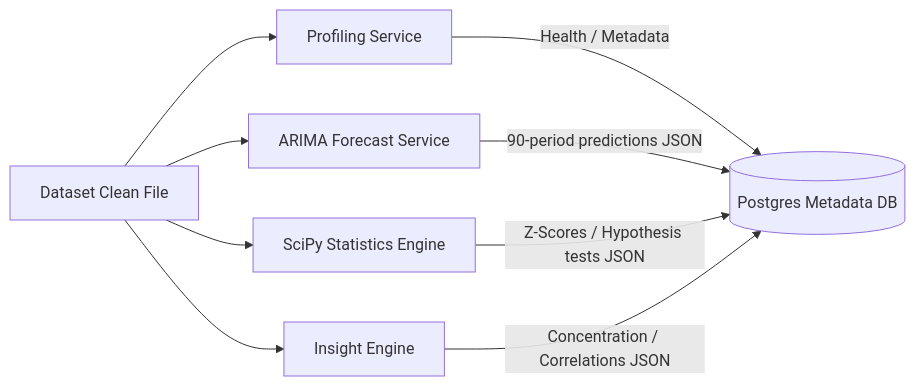
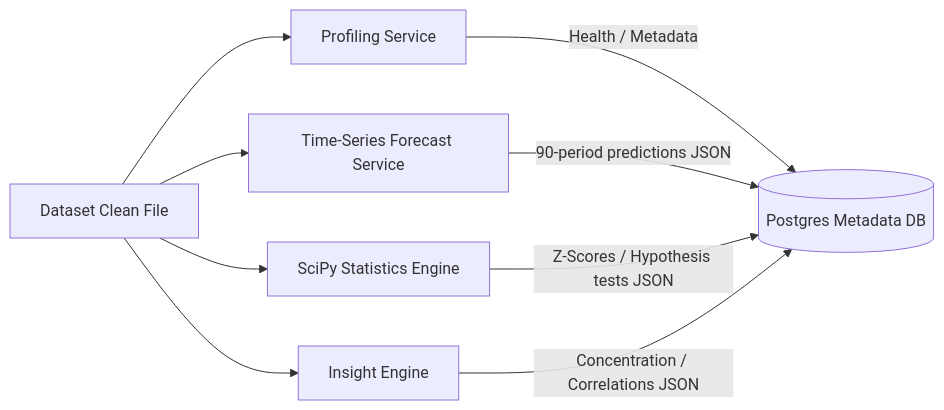
Before and after one commit to mannaxsara/detective-ai: the fourth of 5 diagrams in docs/ARCHITECTURE.md, drawn with Mermaid. The commit also changed 6 other files, not shown here.

Commit message:
docs: harmonize time-series forecasting engine terminology across README, ARCHITECTURE, TRD, landing page, pricing studio, and forecast tab

````diff
--- a/docs/ARCHITECTURE.md
+++ b/docs/ARCHITECTURE.md
@@ -65,12 +65,12 @@
 ```mermaid
 graph LR
     Dataset["Dataset Clean File"] --> Profile["Profiling Service"]
-    Dataset --> Forecast["ARIMA Forecast Service"]
+    Dataset --> Forecast["Time-Series Forecast Service"]
     Dataset --> Stats["SciPy Statistics Engine"]
     Dataset --> Insights["Insight Engine"]
     
     Profile -->|"Health / Metadata"| DB[("Postgres Metadata DB")]
     Forecast -->|"90-period predictions JSON"| DB
     Stats -->|"Z-Scores / Hypothesis tests JSON"| DB
     Insights -->|"Concentration / Correlations JSON"| DB
 ```
````
